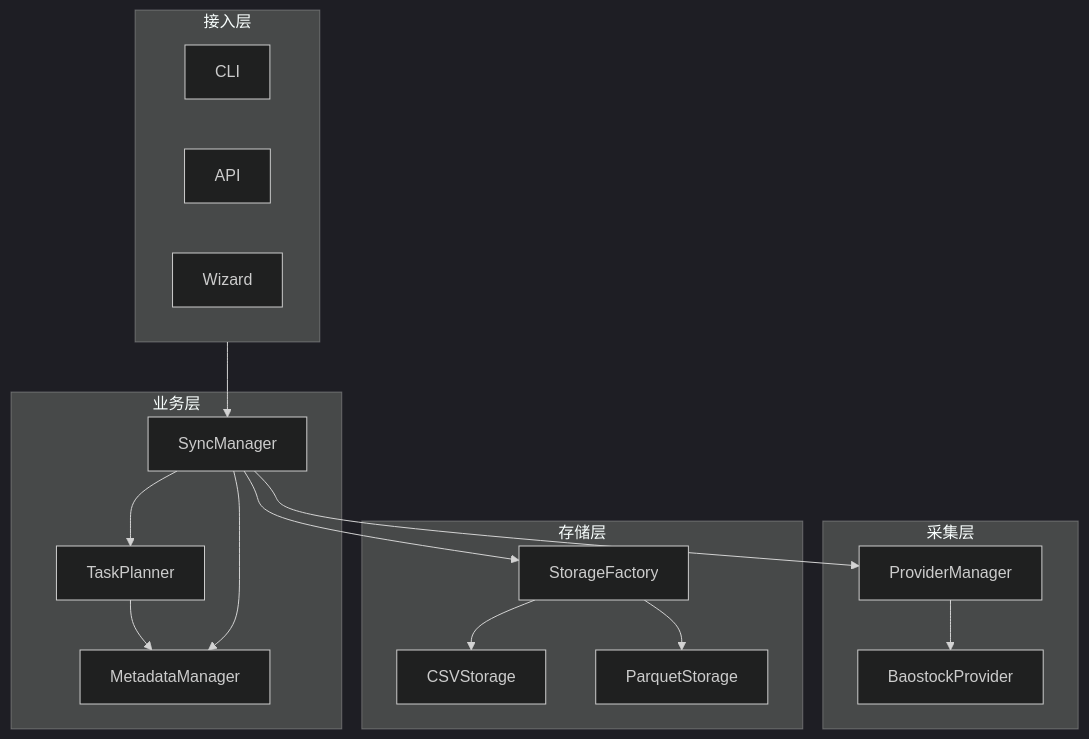
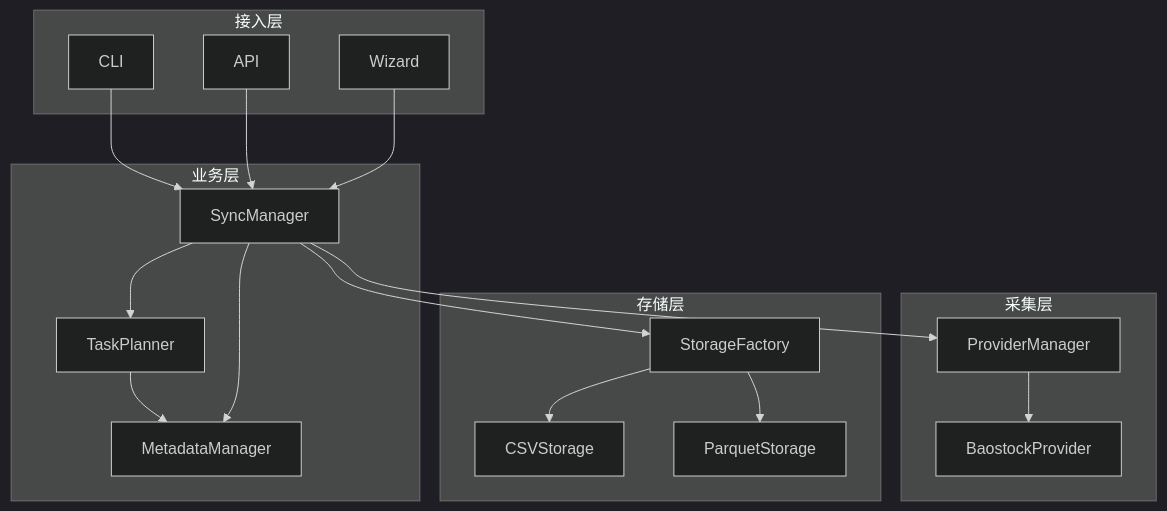
The diagram in README.md (CRThu/CarrotQuant.Data), drawn with Mermaid (dark theme) before and after one commit.

Commit message:
docs: 修正架构图入口层连接关系，CLI/API/Wizard 直接指向 SyncManager

````diff
--- a/README.md
+++ b/README.md
@@ -41,35 +41,38 @@
 ```mermaid
 graph TB
     subgraph Gateway["接入层"]
         CLI["CLI"]
         API["API"]
         WIZARD["Wizard"]
     end
 
     subgraph Service["业务层"]
         SM["SyncManager"]
         TP["TaskPlanner"]
         MM["MetadataManager"]
     end
 
     subgraph Provider["采集层"]
         PM["ProviderManager"]
         BP["BaostockProvider"]
     end
 
     subgraph Storage["存储层"]
         SF["StorageFactory"]
         CSV["CSVStorage"]
         PQ["ParquetStorage"]
     end
 
-    Gateway --> SM
+    CLI --> SM
+    API --> SM
+    WIZARD --> SM
+
     SM --> TP
     SM --> PM
     SM --> SF
     TP --> MM
     SM --> MM
     PM --> BP
     SF --> CSV
     SF --> PQ
 ```
````
